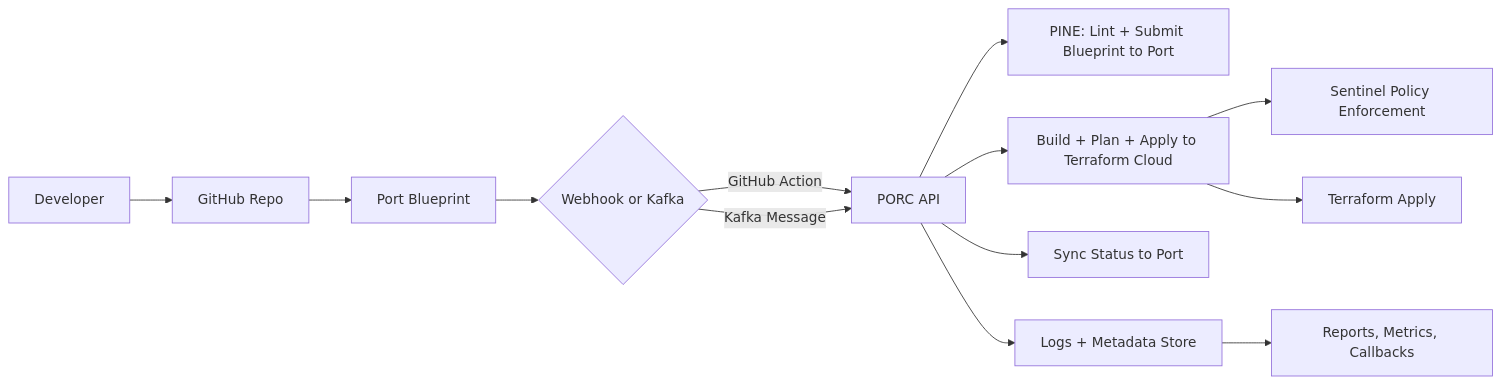
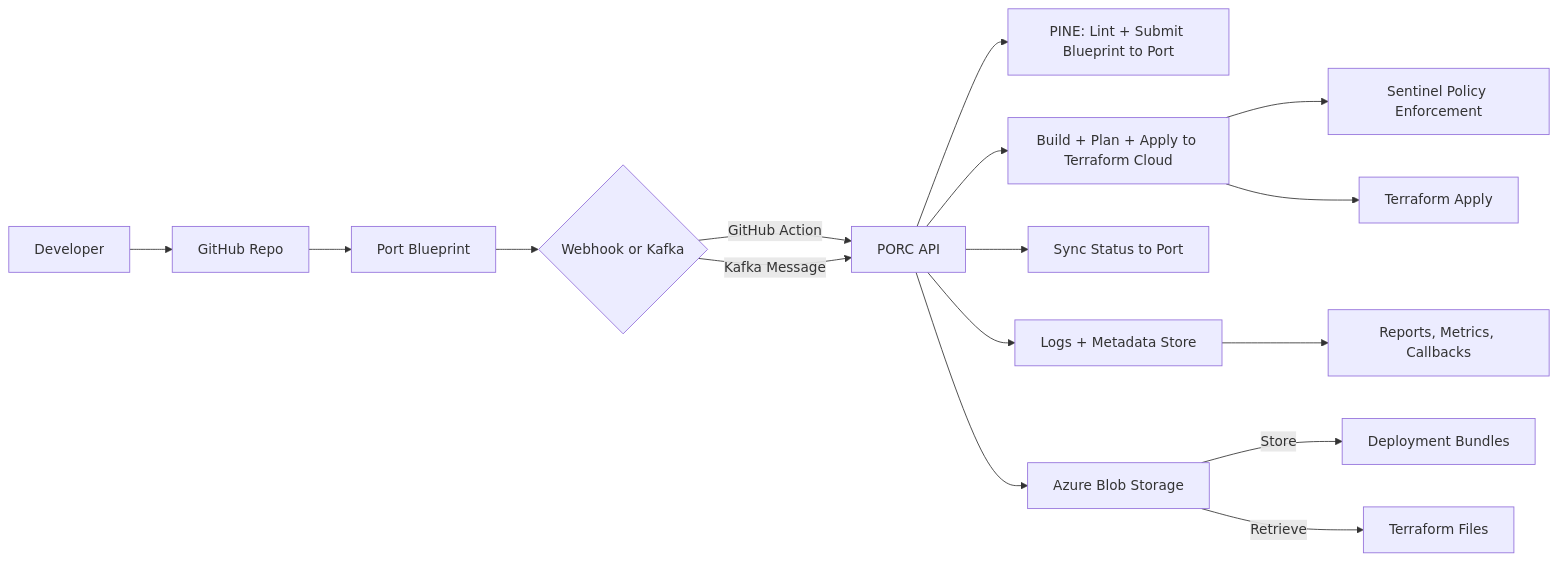
Before and after one commit to hyperfocus/porc: the diagram in docs/architecture.md, drawn with Mermaid. The commit also changed other lines of this file and 13 other files, not shown here.

````diff
--- a/docs/architecture.md
+++ b/docs/architecture.md
@@ -43,19 +54,23 @@
 ```mermaid
 flowchart LR
   A[Developer] --> B[GitHub Repo]
   B --> C[Port Blueprint]
   C --> D{Webhook or Kafka}
 
   D -->|GitHub Action| E[PORC API]
   D -->|Kafka Message| E
 
   E --> F[PINE: Lint + Submit Blueprint to Port]
   E --> G[Build + Plan + Apply to Terraform Cloud]
   E --> H[Sync Status to Port]
 
   G --> I[Sentinel Policy Enforcement]
   G --> J[Terraform Apply]
 
   E --> K[Logs + Metadata Store]
   K --> L[Reports, Metrics, Callbacks]
+  
+  E --> M[Azure Blob Storage]
+  M -->|Store| N[Deployment Bundles]
+  M -->|Retrieve| O[Terraform Files]
 ```
````
